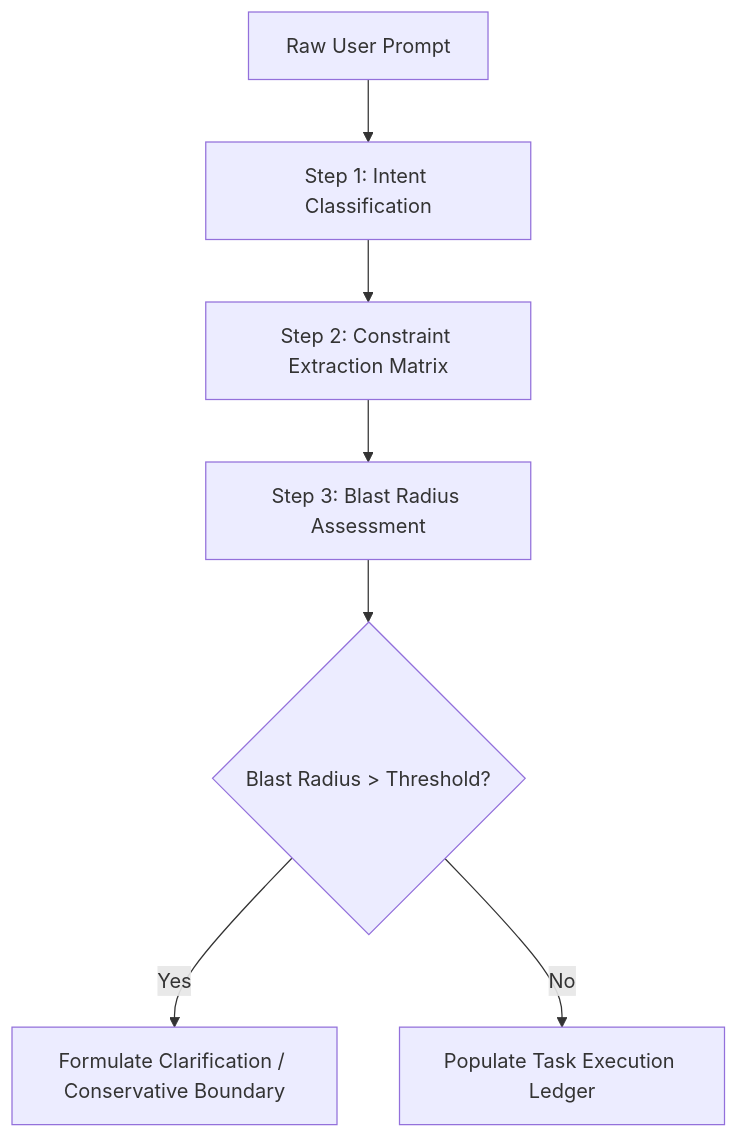
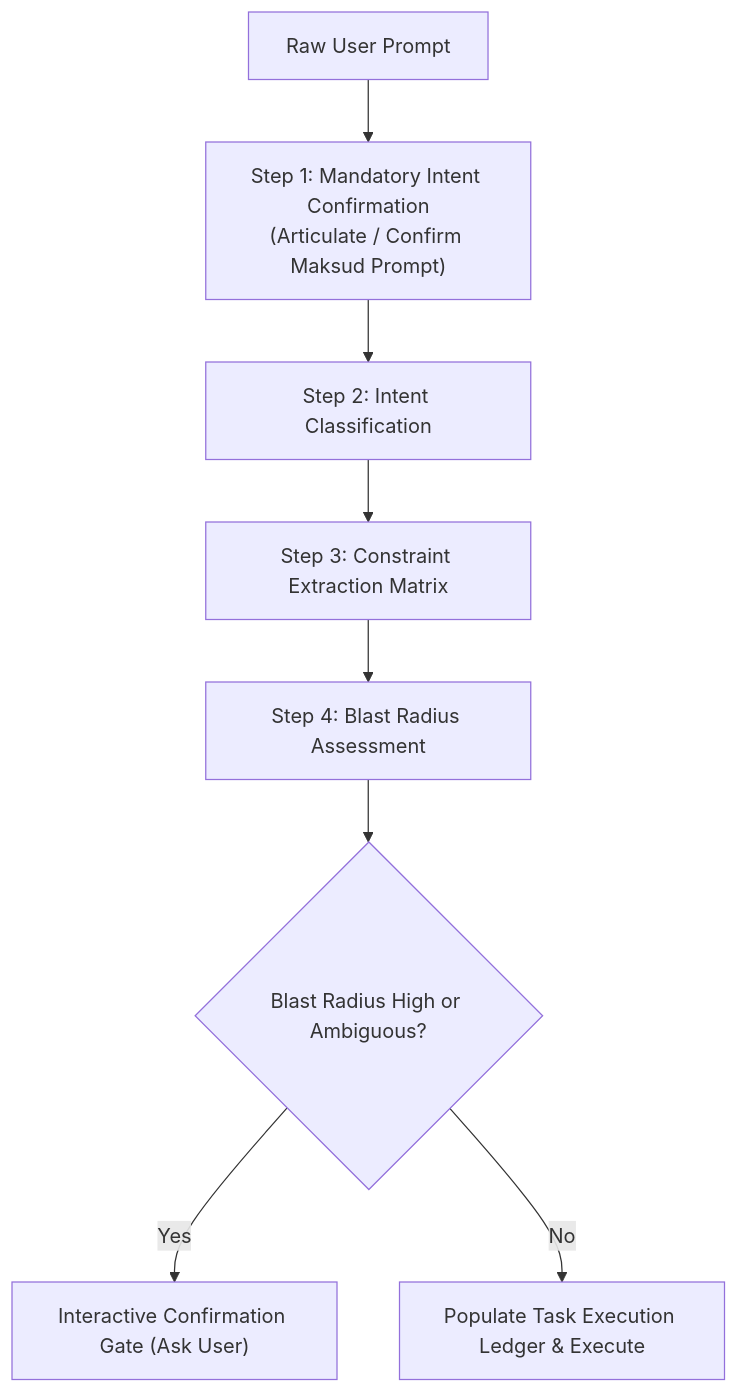
The diagram in .agents/skills/instruction-fidelity/references/constraint-taxonomy-and-parsing.md (RudyCity/superagent), drawn with Mermaid before and after one commit. The commit also changed other lines of this file and 3 other files, not shown here.

Commit message:
docs(skills): enforce Model 1 interactive approval gate in instruction-fidelity

````diff
--- a/.agents/skills/instruction-fidelity/references/constraint-taxonomy-and-parsing.md
+++ b/.agents/skills/instruction-fidelity/references/constraint-taxonomy-and-parsing.md
@@ -74,9 +74,10 @@
 ```mermaid
 flowchart TD
-    A["Raw User Prompt"] --> B["Step 1: Intent Classification"]
-    B --> C["Step 2: Constraint Extraction Matrix"]
-    C --> D["Step 3: Blast Radius Assessment"]
-    D --> E{"Blast Radius > Threshold?"}
-    E -- Yes --> F["Formulate Clarification / Conservative Boundary"]
-    E -- No --> G["Populate Task Execution Ledger"]
+    A["Raw User Prompt"] --> B["Step 1: Mandatory Intent Confirmation<br>(Articulate / Confirm Maksud Prompt)"]
+    B --> C["Step 2: Intent Classification"]
+    C --> D["Step 3: Constraint Extraction Matrix"]
+    D --> E["Step 4: Blast Radius Assessment"]
+    E --> F{"Blast Radius High or Ambiguous?"}
+    F -- Yes --> G["Interactive Confirmation Gate (Ask User)"]
+    F -- No --> H["Populate Task Execution Ledger & Execute"]
 ```
````
